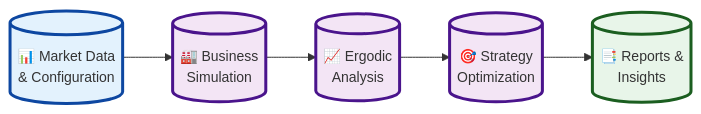
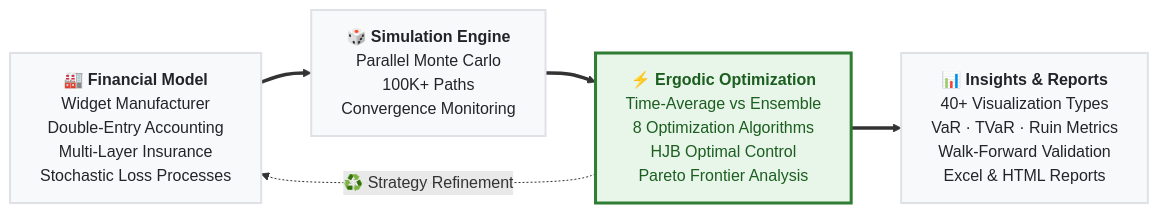
Before and after one commit to AlexFiliakov/Ergodic-Insurance-Limits: the diagram in README.md, drawn with Mermaid. The commit also changed other lines of this file, not shown here.

````diff
--- a/README.md
+++ b/README.md
@@ -35,23 +35,18 @@
 ```mermaid
 flowchart LR
-    %% Simplified Executive View
-    INPUT[("📊 Market Data<br/>& Configuration")]
-    BUSINESS[("🏭 Business<br/>Simulation")]
-    ERGODIC[("📈 Ergodic<br/>Analysis")]
-    OPTIMIZE[("🎯 Strategy<br/>Optimization")]
-    OUTPUT[("📑 Reports &<br/>Insights")]
+    MODEL["<b>🏭 Financial Model</b><br/>Widget Manufacturer<br/>Double-Entry Accounting<br/>Multi-Layer Insurance<br/>Stochastic Loss Processes"]
 
-    INPUT --> BUSINESS
-    BUSINESS --> ERGODIC
-    ERGODIC --> OPTIMIZE
-    OPTIMIZE --> OUTPUT
+    SIM["<b>🎲 Simulation Engine</b><br/>Parallel Monte Carlo<br/>100K+ Paths<br/>Convergence Monitoring"]
 
-    %% Styling
-    classDef inputStyle fill:#e3f2fd,stroke:#0d47a1,stroke-width:3px,font-size:14px
-    classDef processStyle fill:#f3e5f5,stroke:#4a148c,stroke-width:3px,font-size:14px
-    classDef outputStyle fill:#e8f5e9,stroke:#1b5e20,stroke-width:3px,font-size:14px
+    ERGODIC["<b>⚡ Ergodic Optimization</b><br/>Time-Average vs Ensemble<br/>8 Optimization Algorithms<br/>HJB Optimal Control<br/>Pareto Frontier Analysis"]
 
-    class INPUT inputStyle
-    class BUSINESS,ERGODIC,OPTIMIZE processStyle
-    class OUTPUT outputStyle
+    OUTPUT["<b>📊 Insights & Reports</b><br/>40+ Visualization Types<br/>VaR · TVaR · Ruin Metrics<br/>Walk-Forward Validation<br/>Excel & HTML Reports"]
+
+    MODEL ==> SIM ==> ERGODIC ==> OUTPUT
+    ERGODIC -.->|"♻️ Strategy Refinement"| MODEL
+
+    classDef default fill:#f8f9fa,stroke:#dee2e6,stroke-width:2px,color:#212529
+    classDef hero fill:#e8f5e9,stroke:#2e7d32,stroke-width:3px,color:#1b5e20
+
+    class ERGODIC hero
 ```
````
